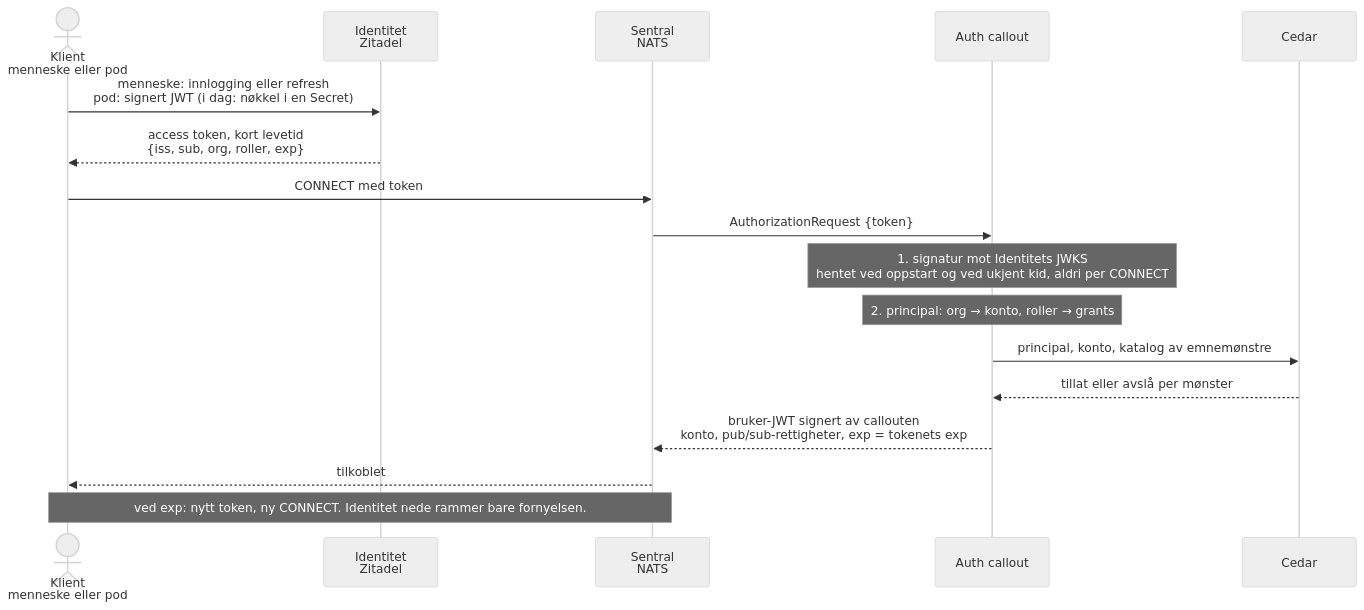
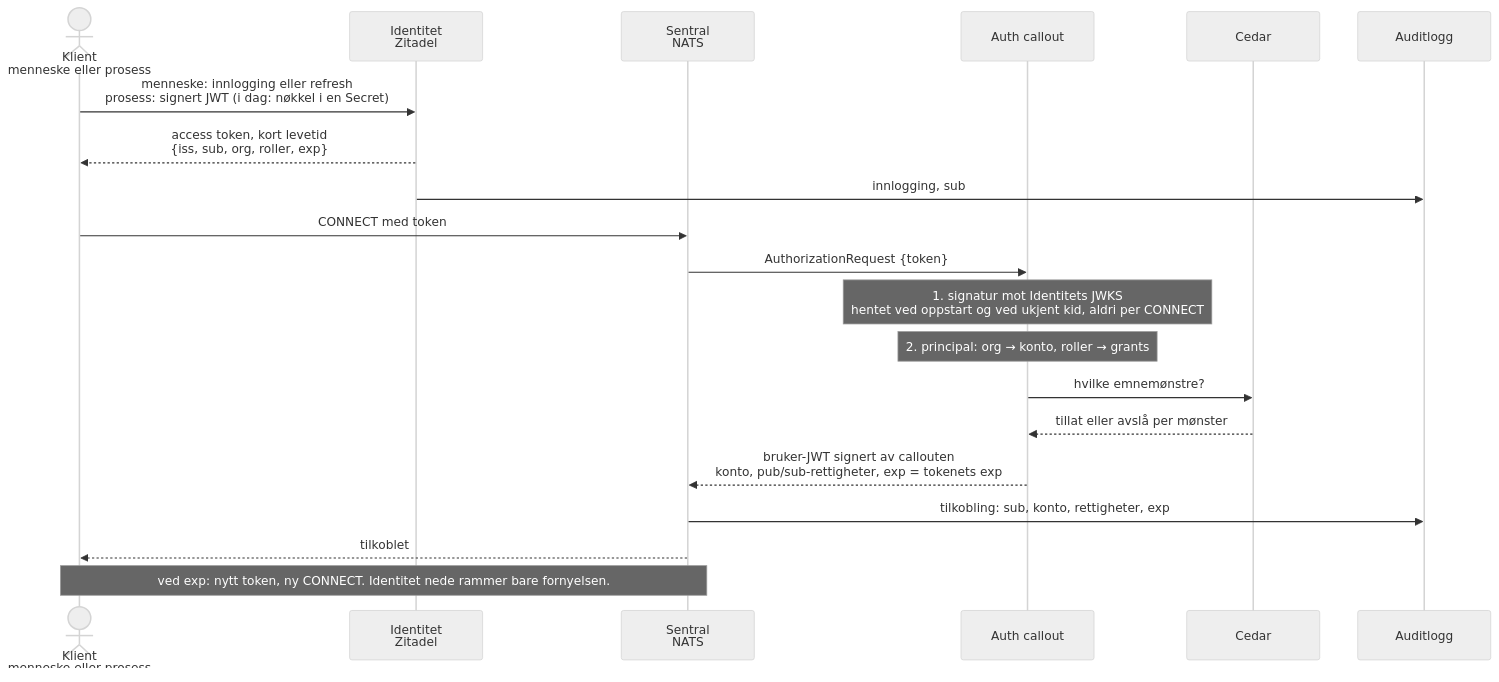
One commit to dataverket-org/org changed the fourth of 7 diagrams in docs/arrangement/2026-10-14-containerkonferansen/foredrag.md. Above: the diagram before and after it, drawn with Mermaid (neutral theme). The commit also changed other lines of this file and 9 other files, not shown here.

````diff
--- a/docs/arrangement/2026-10-14-containerkonferansen/foredrag.md
+++ b/docs/arrangement/2026-10-14-containerkonferansen/foredrag.md
@@ -181,20 +269,23 @@
 ```mermaid
-%%{init: {"handDrawnSeed": 1}}%%
+%%{init: {"handDrawnSeed": 1, "sequence": {"width": 175}}}%%
 sequenceDiagram
-  actor K as Klient<br/>menneske eller pod
+  actor K as Klient<br/>menneske eller prosess
   participant Z as Identitet<br/>Zitadel
   participant N as Sentral<br/>NATS
   participant C as Auth callout
   participant P as Cedar
-  K->>Z: menneske: innlogging eller refresh<br/>pod: signert JWT (i dag: nøkkel i en Secret)
+  participant L as Auditlogg
+  K->>Z: menneske: innlogging eller refresh<br/>prosess: signert JWT (i dag: nøkkel i en Secret)
   Z-->>K: access token, kort levetid<br/>{iss, sub, org, roller, exp}
+  Z->>L: innlogging, sub
   K->>N: CONNECT med token
   N->>C: AuthorizationRequest {token}
   Note over C: 1. signatur mot Identitets JWKS<br/>hentet ved oppstart og ved ukjent kid, aldri per CONNECT
   Note over C: 2. principal: org → konto, roller → grants
-  C->>P: principal, konto, katalog av emnemønstre
+  C->>P: hvilke emnemønstre?
   P-->>C: tillat eller avslå per mønster
   C-->>N: bruker-JWT signert av callouten<br/>konto, pub/sub-rettigheter, exp = tokenets exp
+  N->>L: tilkobling: sub, konto, rettigheter, exp
   N-->>K: tilkoblet
   Note over K,N: ved exp: nytt token, ny CONNECT. Identitet nede rammer bare fornyelsen.
 ```
````
